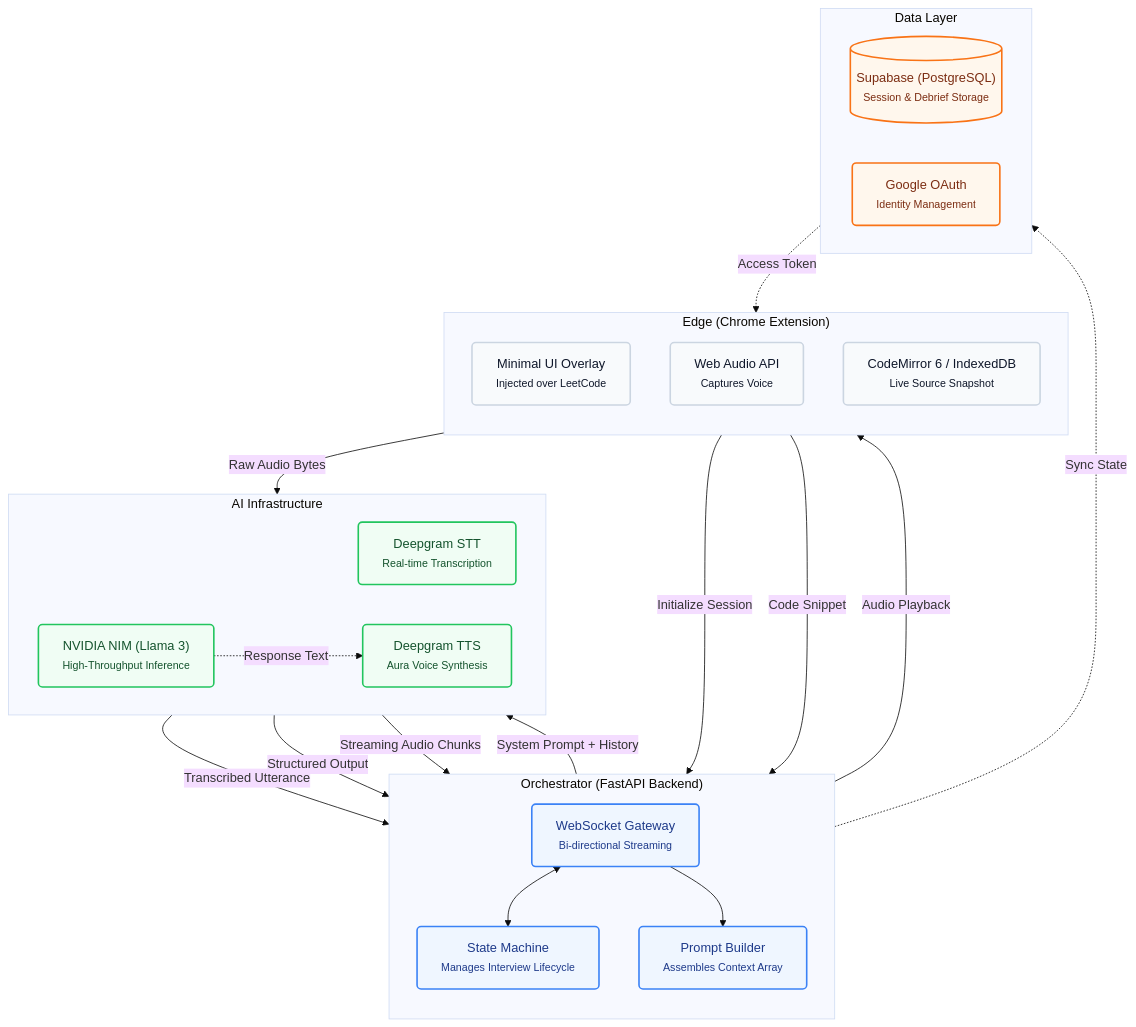
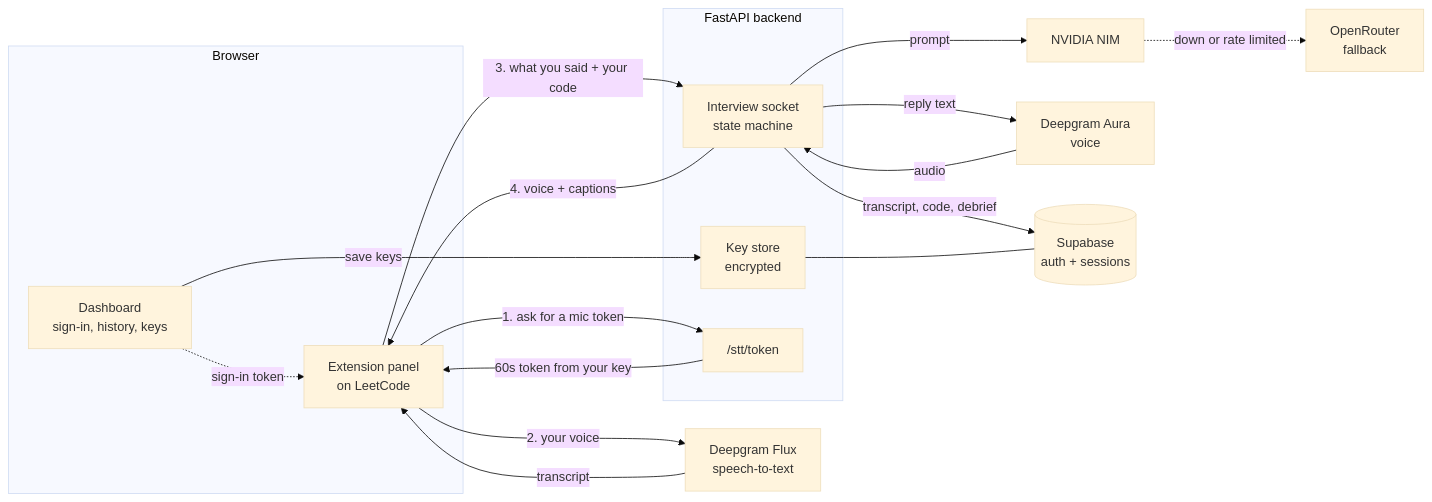
Before and after one commit to devams23/product_leeview: the diagram in README.md, drawn with Mermaid (base theme). The commit also changed other lines of this file, not shown here.

Commit message:
Docs: shorter README with the current flow diagram

````diff
--- a/README.md
+++ b/README.md
@@ -16,54 +13,34 @@
 ```mermaid
-flowchart TB
-    %% Styling Classes
-    classDef edge fill:#f8fafc,stroke:#cbd5e1,stroke-width:2px,color:#0f172a,rx:5px,ry:5px
-    classDef backend fill:#eff6ff,stroke:#3b82f6,stroke-width:2px,color:#1e3a8a,rx:5px,ry:5px
-    classDef external fill:#f0fdf4,stroke:#22c55e,stroke-width:2px,color:#14532d,rx:5px,ry:5px
-    classDef db fill:#fff7ed,stroke:#f97316,stroke-width:2px,color:#7c2d12,rx:5px,ry:5px
-
-    subgraph Client["Edge (Chrome Extension)"]
-        direction TB
-        UI["Minimal UI Overlay<br/><small>Injected over LeetCode</small>"]:::edge
-        Mic["Web Audio API<br/><small>Captures Voice</small>"]:::edge
-        Code["CodeMirror 6 / IndexedDB<br/><small>Live Source Snapshot</small>"]:::edge
+flowchart LR
+    subgraph Browser
+        EXT["Extension panel<br/>on LeetCode"]
+        DASH["Dashboard<br/>sign-in, history, keys"]
     end
 
-    subgraph Server["Orchestrator (FastAPI Backend)"]
-        direction TB
-        WS["WebSocket Gateway<br/><small>Bi-directional Streaming</small>"]:::backend
-        SM["State Machine<br/><small>Manages Interview Lifecycle</small>"]:::backend
-        Context["Prompt Builder<br/><small>Assembles Context Array</small>"]:::backend
+    subgraph Backend["FastAPI backend"]
+        WS["Interview socket<br/>state machine"]
+        KEYS["Key store<br/>encrypted"]
+        TOKEN["/stt/token"]
     end
 
-    subgraph AI["AI Infrastructure"]
-        direction LR
-        STT["Deepgram STT<br/><small>Real-time Transcription</small>"]:::external
-        LLM["NVIDIA NIM (Llama 3)<br/><small>High-Throughput Inference</small>"]:::external
-        TTS["Deepgram TTS<br/><small>Aura Voice Synthesis</small>"]:::external
-    end
+    FLUX["Deepgram Flux<br/>speech-to-text"]
+    NIM["NVIDIA NIM"]
+    OR["OpenRouter<br/>fallback"]
+    AURA["Deepgram Aura<br/>voice"]
+    DB[("Supabase<br/>auth + sessions")]
 
-    subgraph Persistence["Data Layer"]
-        direction LR
-        DB[("Supabase (PostgreSQL)<br/><small>Session & Debrief Storage</small>")]:::db
-        Auth["Google OAuth<br/><small>Identity Management</small>"]:::db
-    end
-
-    %% Data Flow Connections
-    UI -- "Initialize Session" --> WS
-    Code -- "Code Snippet" --> WS
-    Mic -- "Raw Audio Bytes" --> STT
-    
-    STT -- "Transcribed Utterance" --> WS
-    WS <--> SM
-    WS --> Context
-    
-    Context -- "System Prompt + History" --> LLM
-    LLM -- "Structured Output" --> WS
-    LLM -. "Response Text" .-> TTS
-    
-    TTS -- "Streaming Audio Chunks" --> WS
-    WS -- "Audio Playback" --> UI
-    
-    WS -. "Sync State" .-> DB
-    Auth -. "Access Token" .-> Client
+    DASH -- "save keys" --> KEYS
+    DASH -. "sign-in token" .-> EXT
+    EXT -- "1. ask for a mic token" --> TOKEN
+    TOKEN -- "60s token from your key" --> EXT
+    EXT -- "2. your voice" --> FLUX
+    FLUX -- "transcript" --> EXT
+    EXT -- "3. what you said + your code" --> WS
+    WS -- "prompt" --> NIM
+    NIM -. "down or rate limited" .-> OR
+    WS -- "reply text" --> AURA
+    AURA -- "audio" --> WS
+    WS -- "4. voice + captions" --> EXT
+    WS -- "transcript, code, debrief" --> DB
+    KEYS --- DB
 ```
````
